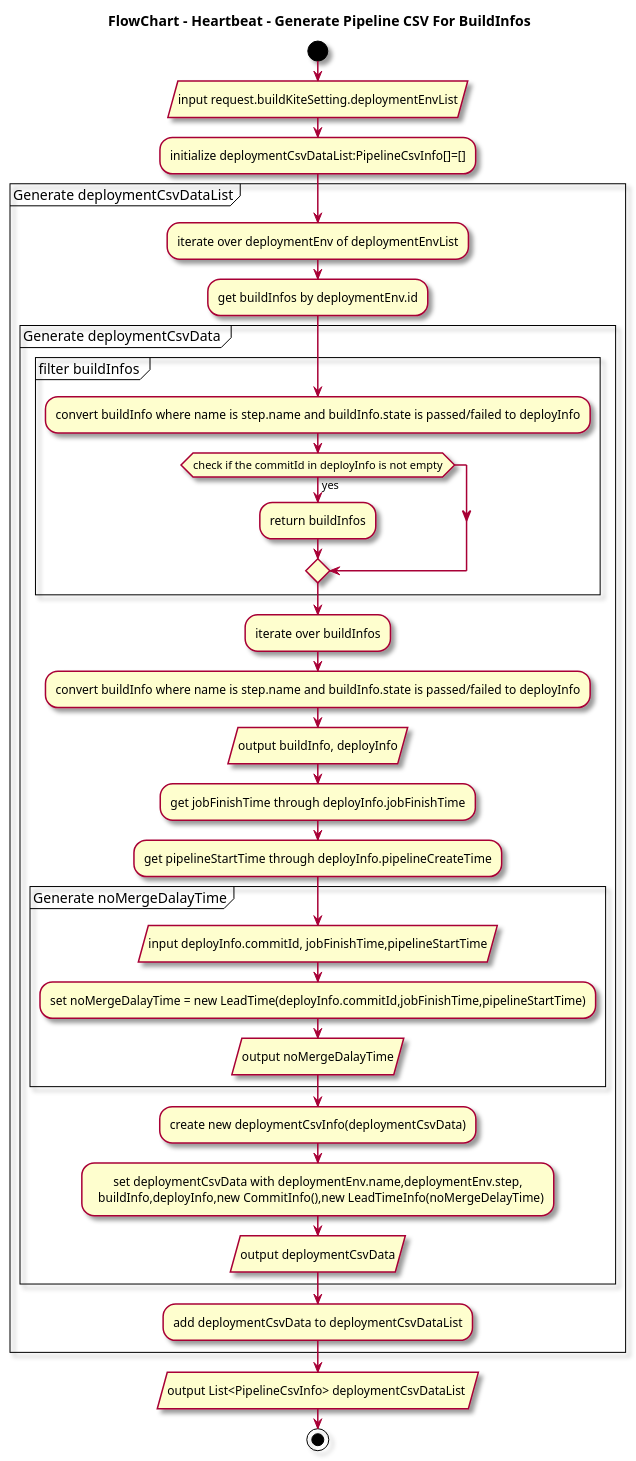
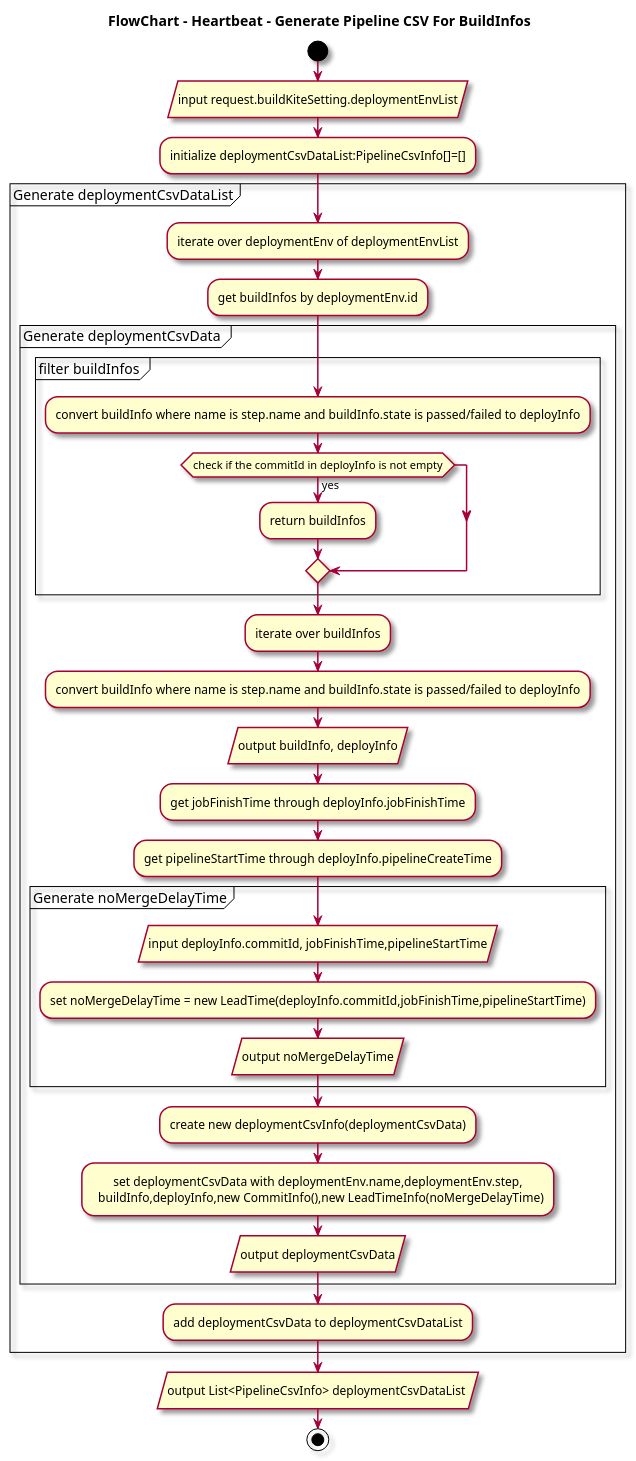
One commit to thoughtworks/HeartBeat changed the ninth of 14 diagrams in docs/src/pages/en/dev-center/flow-diagrams.md. Above: the diagram before and after it, drawn with PlantUML. The commit also changed other lines of this file, not shown here.

Commit message:
ADM-373 update c3 flow diagram for generate csv

````diff
--- a/docs/src/pages/en/dev-center/flow-diagrams.md
+++ b/docs/src/pages/en/dev-center/flow-diagrams.md
@@ -327,39 +367,39 @@
 ```plantuml
 @startuml Generate Pipeline CSV For BuildInfos
 skin rose
 skinparam defaultTextAlignment center
 title FlowChart - Heartbeat - Generate Pipeline CSV For BuildInfos
 start
 :input request.buildKiteSetting.deploymentEnvList/
   :initialize deploymentCsvDataList:PipelineCsvInfo[]=[];
   partition "Generate deploymentCsvDataList"{
   :iterate over deploymentEnv of deploymentEnvList;
     :get buildInfos by deploymentEnv.id;
     partition "Generate deploymentCsvData "{
       partition "filter buildInfos "{
         :convert buildInfo where name is step.name and buildInfo.state is passed/failed to deployInfo;
         if(check if the commitId in deployInfo is not empty) then (yes)
           :return buildInfos;
         endif
       }
       :iterate over buildInfos;
         :convert buildInfo where name is step.name and buildInfo.state is passed/failed to deployInfo;
         :output buildInfo, deployInfo/
         :get jobFinishTime through deployInfo.jobFinishTime;
         :get pipelineStartTime through deployInfo.pipelineCreateTime;
-        partition "Generate noMergeDalayTime"{
+        partition "Generate noMergeDelayTime"{
           :input deployInfo.commitId, jobFinishTime,pipelineStartTime/
-          :set noMergeDalayTime = new LeadTime(deployInfo.commitId,jobFinishTime,pipelineStartTime);
-          :output noMergeDalayTime/
+          :set noMergeDelayTime = new LeadTime(deployInfo.commitId,jobFinishTime,pipelineStartTime);
+          :output noMergeDelayTime/
         }
         :create new deploymentCsvInfo(deploymentCsvData);
           :set deploymentCsvData with deploymentEnv.name,deploymentEnv.step,
             buildInfo,deployInfo,new CommitInfo(),new LeadTimeInfo(noMergeDelayTime);
       :output deploymentCsvData/
     }
     :add deploymentCsvData to deploymentCsvDataList;
   }
 :output List<PipelineCsvInfo> deploymentCsvDataList /
 stop
 @enduml
 ```
````
